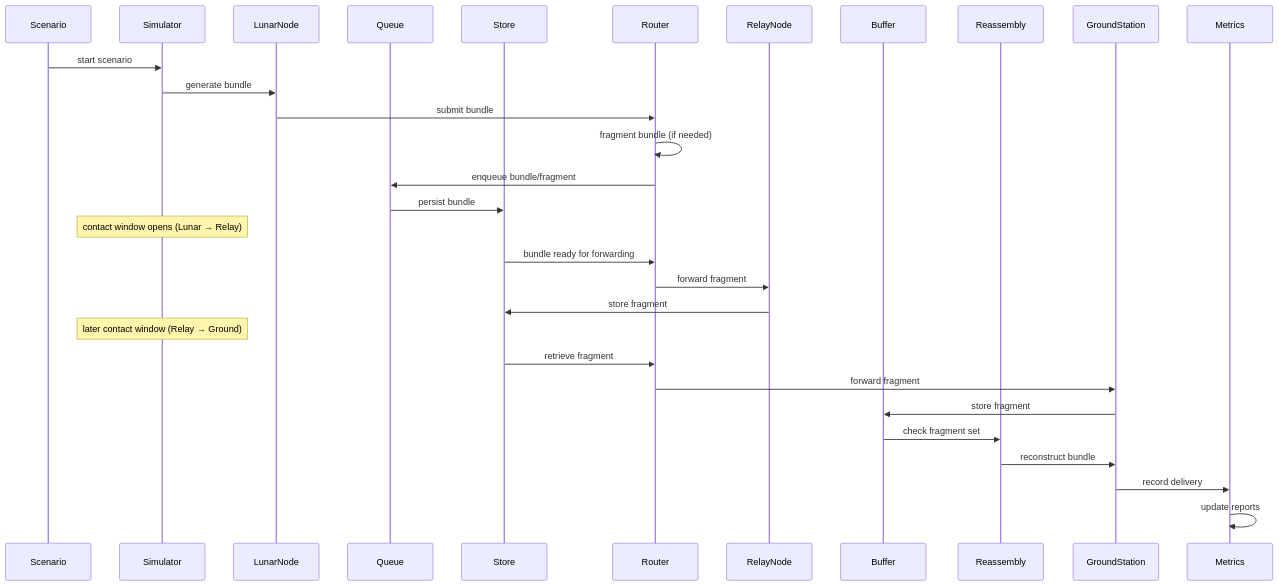
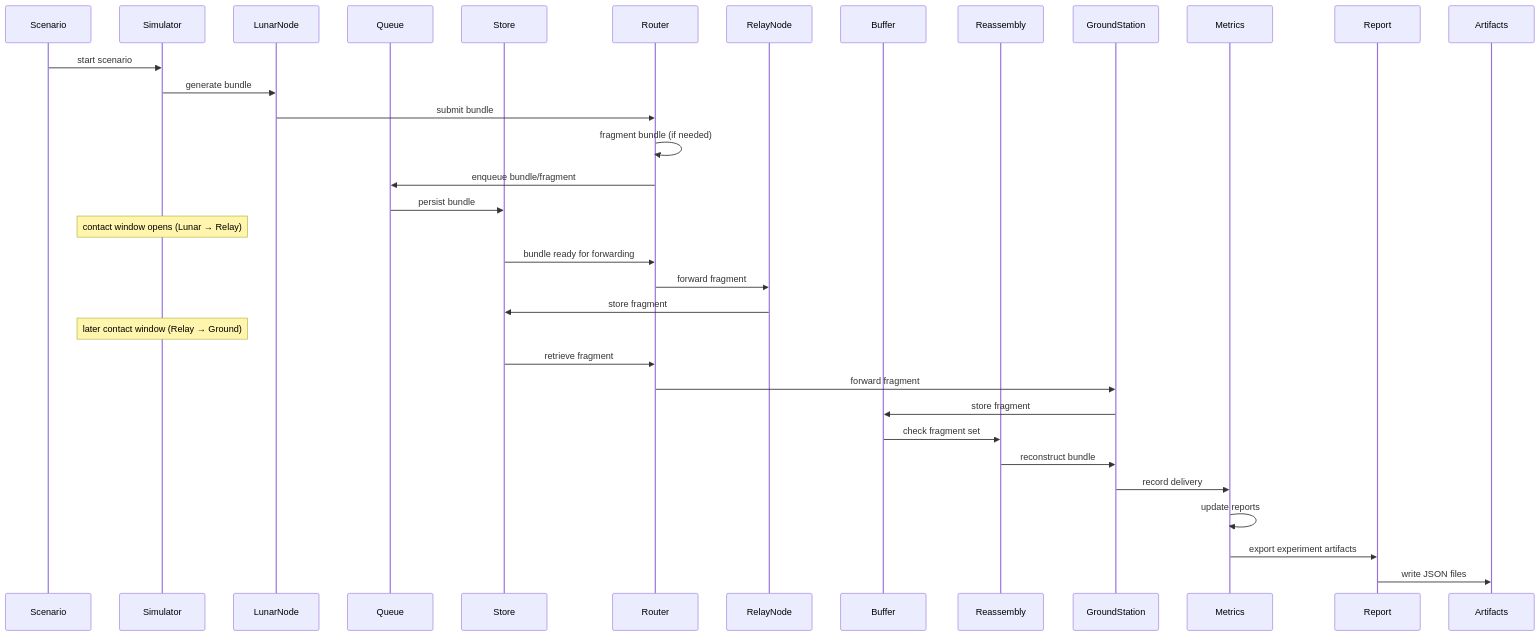
One commit to leozzmc/AetherNet changed the diagram in docs/system-sequence.md. Above: the diagram before and after it, drawn with Mermaid. The commit also changed other lines of this file and 2 other files, not shown here.

`````diff
--- a/docs/system-sequence.md
+++ b/docs/system-sequence.md
@@ -57,51 +60,55 @@
 ```mermaid
 sequenceDiagram
 
     participant Scenario
     participant Simulator
     participant LunarNode
     participant Queue
     participant Store
     participant Router
     participant RelayNode
     participant Buffer
     participant Reassembly
     participant GroundStation
     participant Metrics
 
     Scenario->>Simulator: start scenario
 
     Simulator->>LunarNode: generate bundle
 
     LunarNode->>Router: submit bundle
 
     Router->>Router: fragment bundle (if needed)
 
     Router->>Queue: enqueue bundle/fragment
 
     Queue->>Store: persist bundle
 
     Note over Simulator: contact window opens (Lunar → Relay)
 
     Store->>Router: bundle ready for forwarding
 
     Router->>RelayNode: forward fragment
 
     RelayNode->>Store: store fragment
 
     Note over Simulator: later contact window (Relay → Ground)
 
     Store->>Router: retrieve fragment
 
     Router->>GroundStation: forward fragment
 
     GroundStation->>Buffer: store fragment
 
     Buffer->>Reassembly: check fragment set
 
     Reassembly->>GroundStation: reconstruct bundle
 
     GroundStation->>Metrics: record delivery
 
     Metrics->>Metrics: update reports
+
+    Metrics->>Report: export experiment artifacts
+   
+    Report->>Artifacts: write JSON files
 ````
`````
